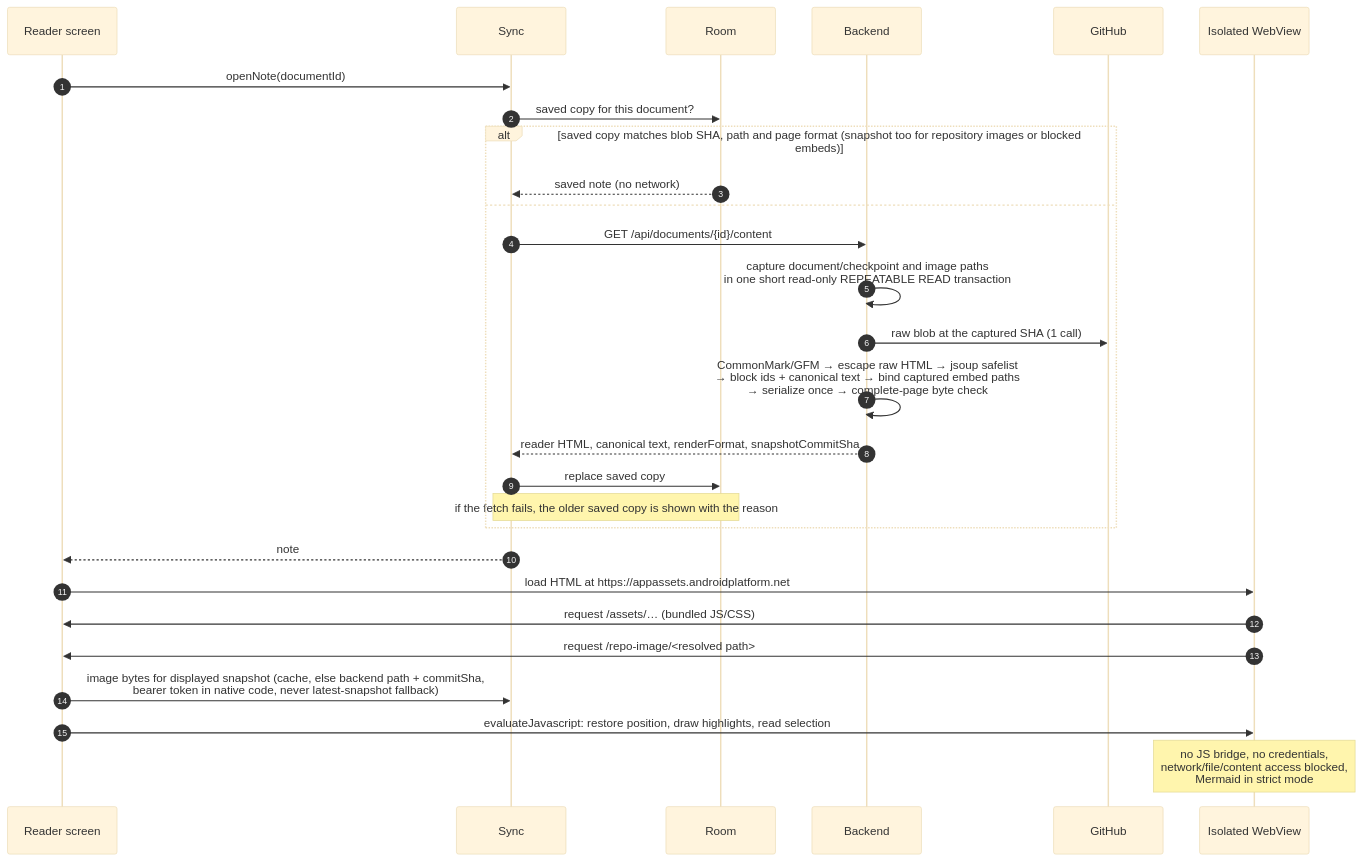
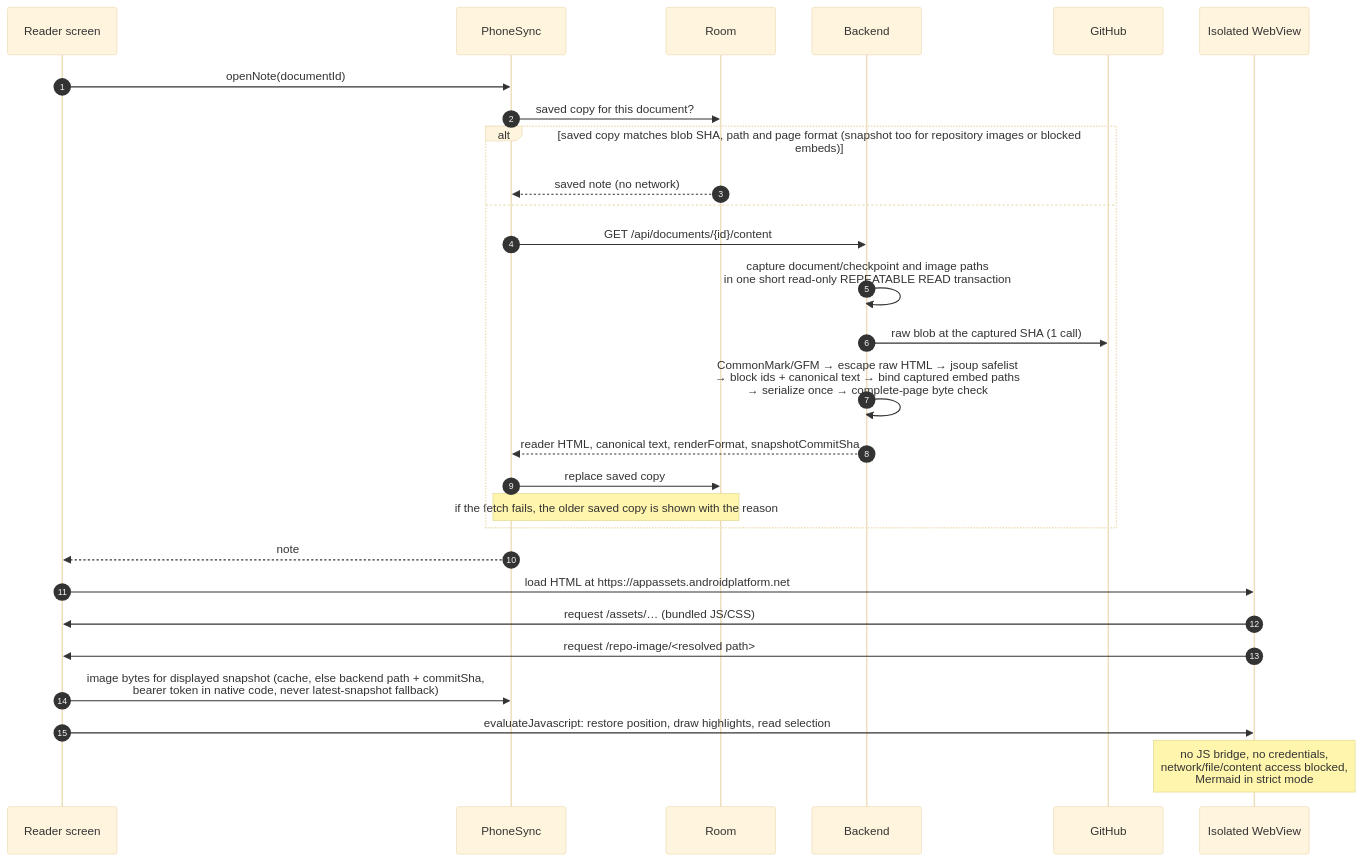
The eighth of 12 diagrams in docs/architecture.md (jaxwong/reporead), drawn with Mermaid (base theme) before and after one commit. The commit also changed other lines of this file and 6 other files, not shown here.

````diff
--- a/docs/architecture.md
+++ b/docs/architecture.md
@@ -483,31 +483,31 @@
 ```mermaid
 sequenceDiagram
     autonumber
     participant R as Reader screen
-    participant S as Sync
+    participant S as PhoneSync
     participant Room as Room
     participant API as Backend
     participant GH as GitHub
     participant WV as Isolated WebView
 
     R->>S: openNote(documentId)
     S->>Room: saved copy for this document?
     alt saved copy matches blob SHA, path and page format (snapshot too for repository images or blocked embeds)
         Room-->>S: saved note (no network)
     else
         S->>API: GET /api/documents/{id}/content
         API->>API: capture document/checkpoint and image paths<br/>in one short read-only REPEATABLE READ transaction
         API->>GH: raw blob at the captured SHA (1 call)
         API->>API: CommonMark/GFM → escape raw HTML → jsoup safelist<br/>→ block ids + canonical text → bind captured embed paths<br/>→ serialize once → complete-page byte check
         API-->>S: reader HTML, canonical text, renderFormat, snapshotCommitSha
         S->>Room: replace saved copy
         Note over S,Room: if the fetch fails, the older saved copy is shown with the reason
     end
     S-->>R: note
     R->>WV: load HTML at https://appassets.androidplatform.net
     WV->>R: request /assets/… (bundled JS/CSS)
     WV->>R: request /repo-image/<resolved path>
     R->>S: image bytes for displayed snapshot (cache, else backend path + commitSha,<br/>bearer token in native code, never latest-snapshot fallback)
     R->>WV: evaluateJavascript: restore position, draw highlights, read selection
     Note over WV: no JS bridge, no credentials,<br/>network/file/content access blocked,<br/>Mermaid in strict mode
 ```
````
